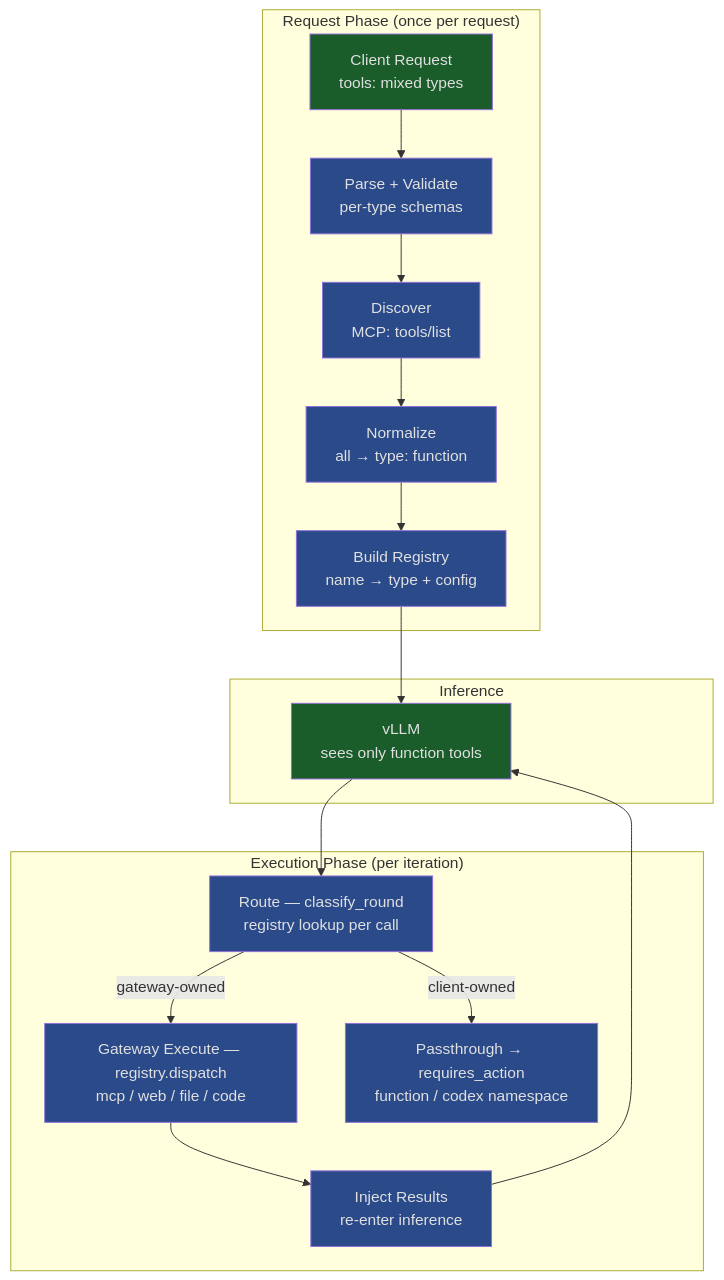
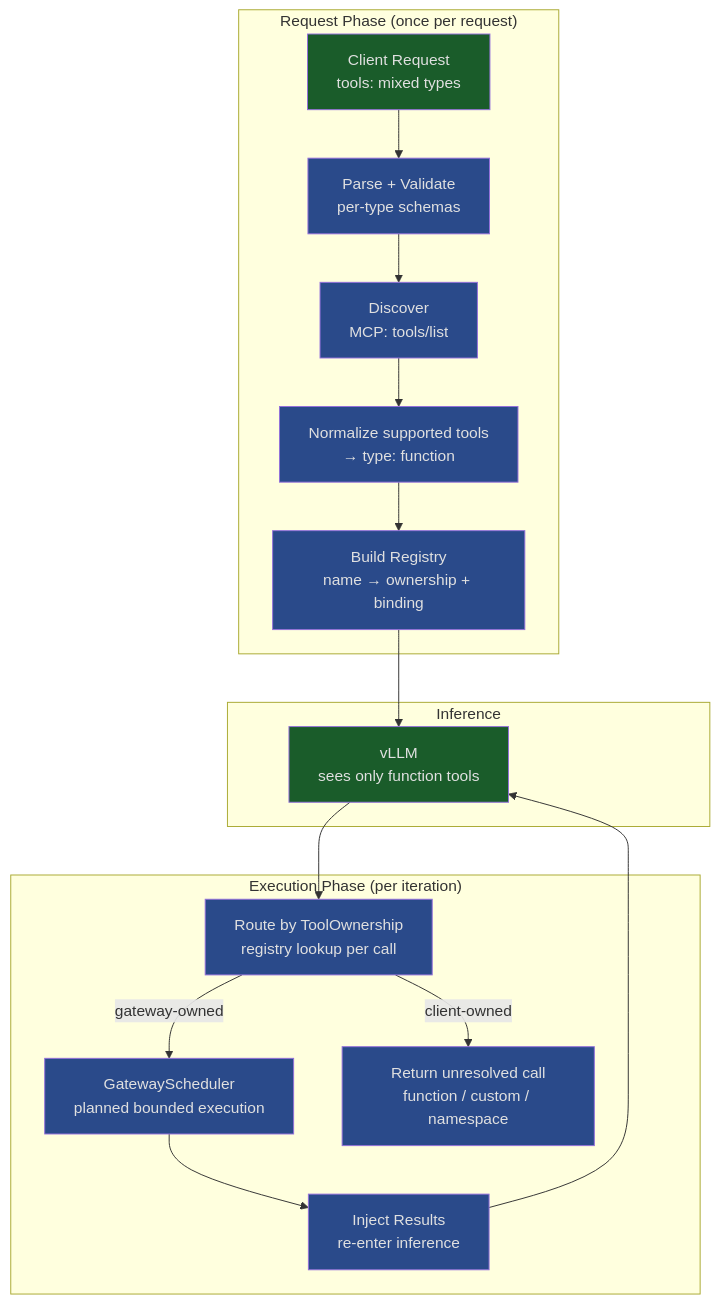
Before and after one commit to EmbeddedLLM/agentic-api: the first of 2 diagrams in docs/design/tool-framework.md, drawn with Mermaid. The commit also changed other lines of this file and 70 other files, not shown here.

````diff
--- a/docs/design/tool-framework.md
+++ b/docs/design/tool-framework.md
@@ -37,39 +37,39 @@
 ```mermaid
 graph TD
     subgraph "Request Phase (once per request)"
         REQ["Client Request<br>tools: mixed types"]
         PARSE["Parse + Validate<br>per-type schemas"]
         DISC["Discover<br>MCP: tools/list"]
-        NORM["Normalize<br>all → type: function"]
-        REG["Build Registry<br>name → type + config"]
+        NORM["Normalize supported tools<br>→ type: function"]
+        REG["Build Registry<br>name → ownership + binding"]
     end
 
     subgraph "Inference"
         VLLM["vLLM<br>sees only function tools"]
     end
 
     subgraph "Execution Phase (per iteration)"
-        ROUTE["Route — classify_round<br>registry lookup per call"]
-        EXEC_GW["Gateway Execute — registry.dispatch<br>mcp / web / file / code"]
-        PASS["Passthrough → requires_action<br>function / codex namespace"]
+        ROUTE["Route by ToolOwnership<br>registry lookup per call"]
+        EXEC_GW["GatewayScheduler<br>planned bounded execution"]
+        PASS["Return unresolved call<br>function / custom / namespace"]
         LOOP["Inject Results<br>re-enter inference"]
     end
 
     REQ --> PARSE --> DISC --> NORM --> REG
     REG --> VLLM
     VLLM --> ROUTE
     ROUTE -->|gateway-owned| EXEC_GW
     ROUTE -->|client-owned| PASS
     EXEC_GW --> LOOP --> VLLM
 
     style REQ fill:#1a5c2a,color:#e0e0e0
     style VLLM fill:#1a5c2a,color:#e0e0e0
     style PARSE fill:#2a4a8a,color:#e0e0e0
     style DISC fill:#2a4a8a,color:#e0e0e0
     style NORM fill:#2a4a8a,color:#e0e0e0
     style REG fill:#2a4a8a,color:#e0e0e0
     style ROUTE fill:#2a4a8a,color:#e0e0e0
     style EXEC_GW fill:#2a4a8a,color:#e0e0e0
     style PASS fill:#2a4a8a,color:#e0e0e0
     style LOOP fill:#2a4a8a,color:#e0e0e0
 ```
````
